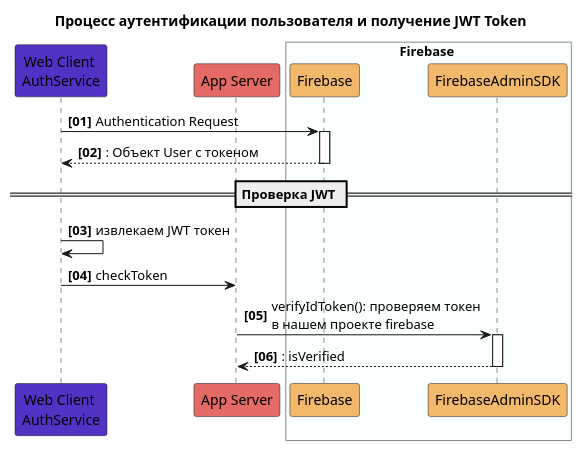
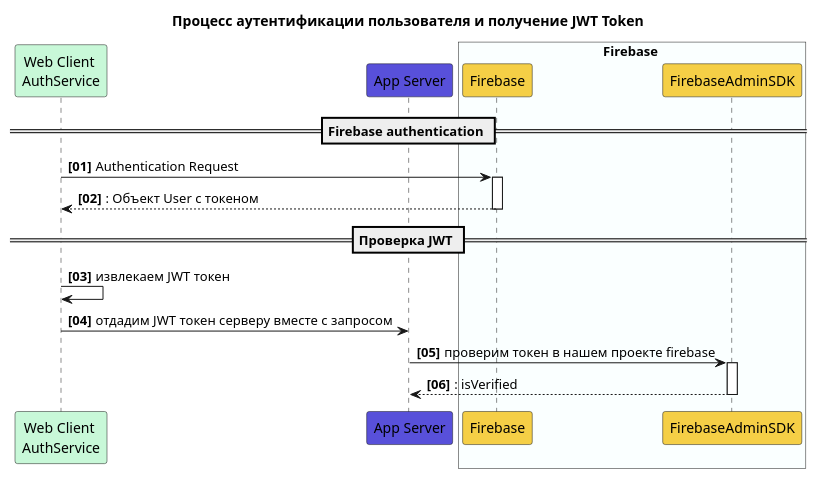
The diagram in app_server/doc/authentication_schema.puml (guid-empty/lecture_backend_on_dart), drawn with PlantUML before and after one commit. The commit also changed 9 other files, not shown here.

```diff
--- a/app_server/doc/authentication_schema.puml
+++ b/app_server/doc/authentication_schema.puml
@@ -1,23 +1,25 @@
 @startuml
 title Процесс аутентификации пользователя и получение JWT Token
 
 'https://plantuml.com/sequence-diagram
-participant "Web Client \nAuthService" as AuthenticationService #5232c5
-participant "App Server" as AppServer #e46a65
+participant "Web Client \nAuthService" as AuthenticationService #C8F8D8
+participant "App Server" as AppServer #5850DA
 box Firebase #faffff
-participant Firebase #f2b96d
-participant FirebaseAdminSDK #f2b96d
+participant Firebase #f5CF46
+participant FirebaseAdminSDK #f5CF46
 end box
 autonumber "<b>[00]"
+== Firebase authentication ==
 
 AuthenticationService -> Firebase ++: Authentication Request
 return: Объект User с токеном
 
 == Проверка JWT ==
 AuthenticationService -> AuthenticationService: извлекаем JWT токен
-AuthenticationService -> AppServer: checkToken
-AppServer -> FirebaseAdminSDK ++: verifyIdToken(): проверяем токен\nв нашем проекте firebase
+AuthenticationService -> AppServer: отдадим JWT токен серверу вместе с запросом
+
+AppServer -> FirebaseAdminSDK ++: проверим токен в нашем проекте firebase
 return: isVerified
 
 
 @enduml
```
